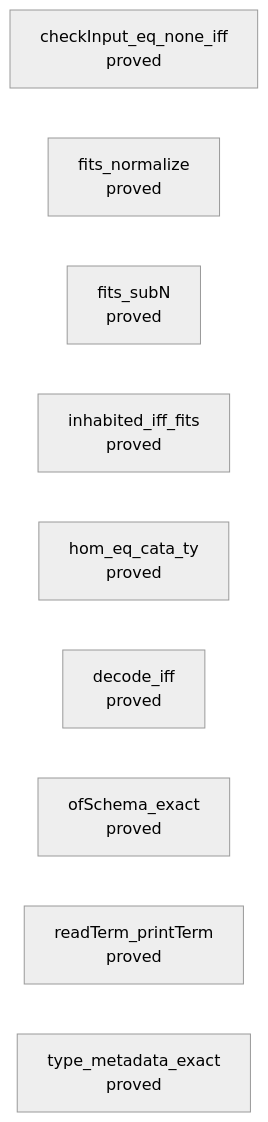
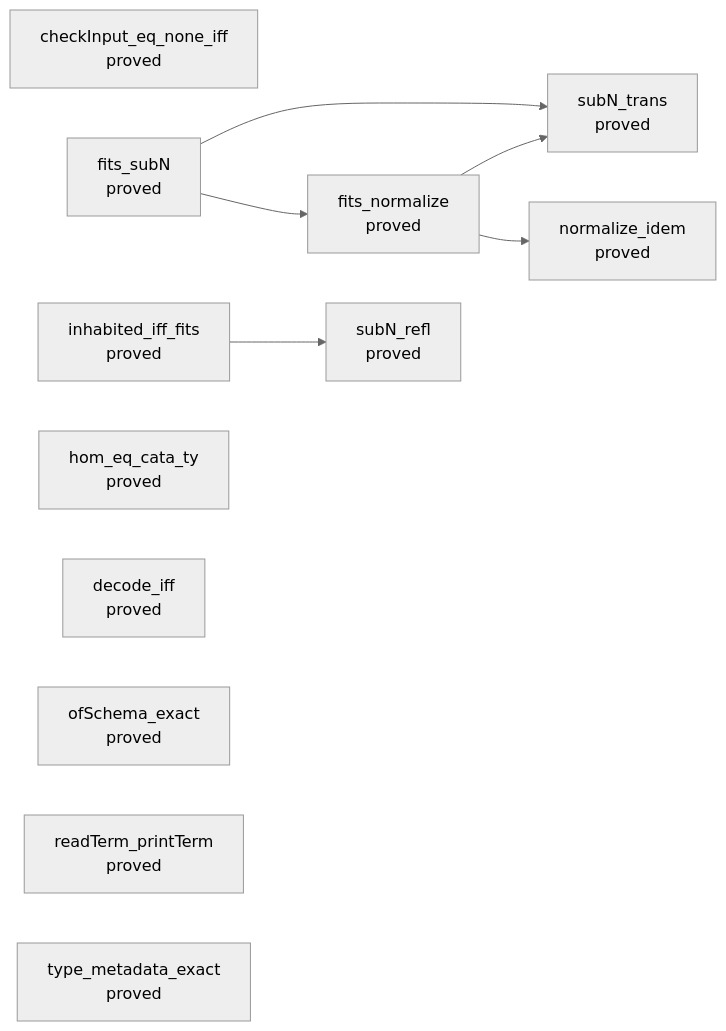
The third of 13 diagrams in generated/semantics.md (pure-algebra/lean4-effect4), drawn with Mermaid (neutral theme) before and after one commit. The commit also changed other lines of this file and 29 other files, not shown here.

````diff
--- a/generated/semantics.md
+++ b/generated/semantics.md
@@ -1505,12 +1547,20 @@
 ```mermaid
 flowchart LR
   n0["checkInput_eq_none_iff<br/>proved"]
   n1["fits_normalize<br/>proved"]
   n2["fits_subN<br/>proved"]
   n3["inhabited_iff_fits<br/>proved"]
   n4["hom_eq_cata_ty<br/>proved"]
   n5["decode_iff<br/>proved"]
   n6["ofSchema_exact<br/>proved"]
   n7["readTerm_printTerm<br/>proved"]
   n8["type_metadata_exact<br/>proved"]
+  n9["subN_trans<br/>proved"]
+  n10["normalize_idem<br/>proved"]
+  n11["subN_refl<br/>proved"]
+  n1 --> n9
+  n1 --> n10
+  n2 --> n9
+  n2 --> n1
+  n3 --> n11
 ```
````
